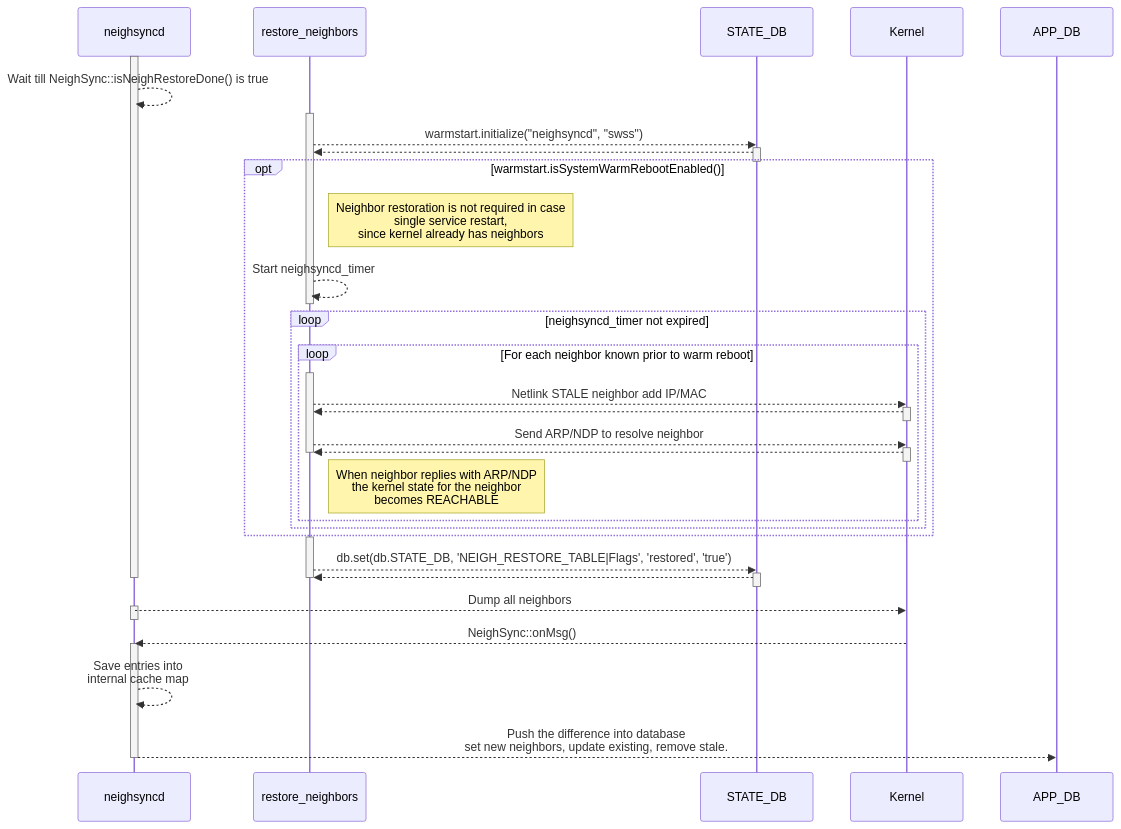
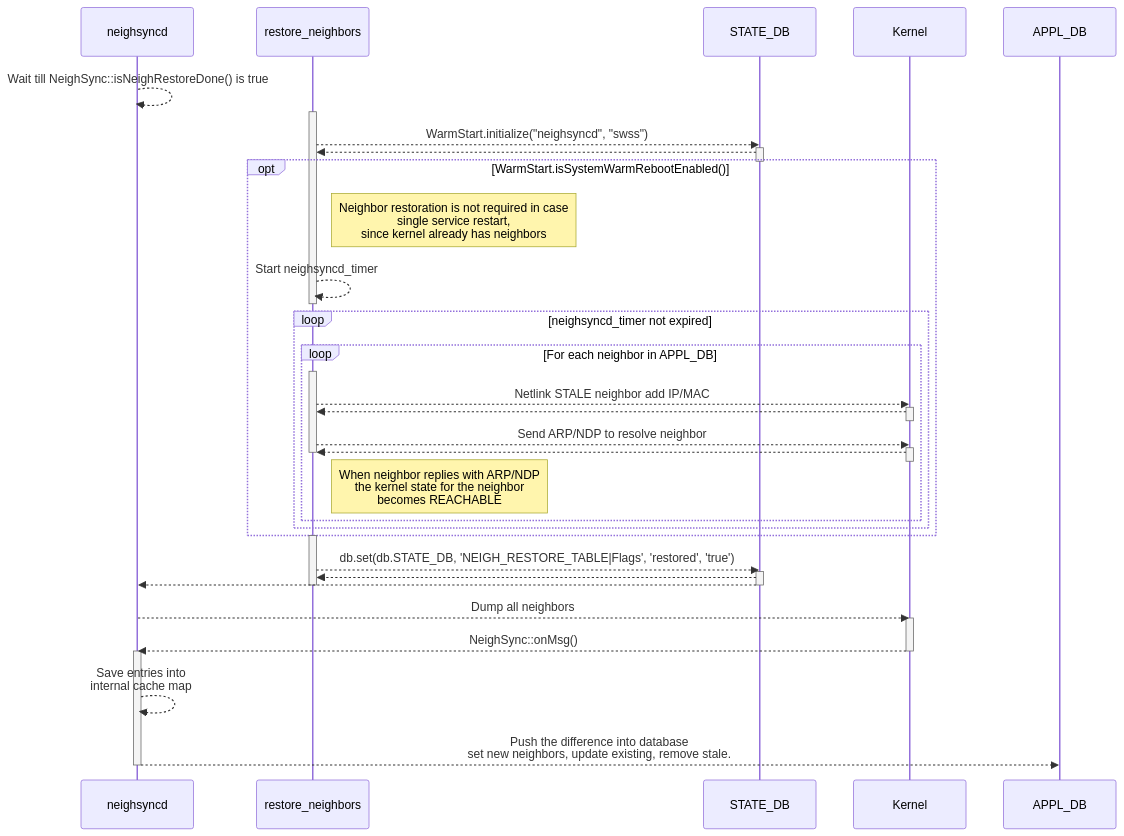
Before and after one commit to stepanblyschak/SONiC: the tenth of 14 diagrams in doc/warm-reboot/wb.md, drawn with Mermaid. The commit also changed other lines of this file, not shown here.

````diff
--- a/doc/warm-reboot/wb.md
+++ b/doc/warm-reboot/wb.md
@@ -496,60 +568,57 @@
 ```mermaid
 sequenceDiagram
-
-    activate neighsyncd
     neighsyncd -->> neighsyncd: Wait till NeighSync::isNeighRestoreDone() is true
 
     activate restore_neighbors
-    restore_neighbors -->> STATE_DB: warmstart.initialize("neighsyncd", "swss")
+    restore_neighbors -->> STATE_DB: WarmStart.initialize("neighsyncd", "swss")
     activate STATE_DB
     STATE_DB -->> restore_neighbors: 
     deactivate STATE_DB
 
-    opt warmstart.isSystemWarmRebootEnabled()
+    opt WarmStart.isSystemWarmRebootEnabled()
         Note right of restore_neighbors: Neighbor restoration is not required in case<br/>single service restart, <br/> since kernel already has neighbors
         restore_neighbors -->> restore_neighbors: Start neighsyncd_timer
         deactivate restore_neighbors
 
         loop neighsyncd_timer not expired
-            loop For each neighbor known prior to warm reboot
+            loop For each neighbor in APPL_DB
                 activate restore_neighbors
                 restore_neighbors -->> Kernel: Netlink STALE neighbor add IP/MAC
                 
                 activate Kernel
                 Kernel -->> restore_neighbors: 
                 deactivate Kernel
                 
                 
                 restore_neighbors -->> Kernel: Send ARP/NDP to resolve neighbor
                 activate Kernel
                 Kernel -->> restore_neighbors: 
                 deactivate Kernel
                 deactivate restore_neighbors
 
                 Note right of restore_neighbors: When neighbor replies with ARP/NDP<br/> the kernel state for the neighbor<br/> becomes REACHABLE
             end
         end
     end
 
     activate restore_neighbors
     restore_neighbors -->> STATE_DB: db.set(db.STATE_DB, 'NEIGH_RESTORE_TABLE|Flags', 'restored', 'true')
     activate STATE_DB
     STATE_DB -->> restore_neighbors: 
+    STATE_DB -->> neighsyncd: 
     deactivate STATE_DB
     deactivate restore_neighbors
 
-    deactivate neighsyncd
-
     
-    neighsyncd -->> Kernel: Dump all neighbors
-    activate neighsyncd
-    deactivate neighsyncd
-    
+    neighsyncd -->> Kernel: Dump all neighbors   
+    activate Kernel 
     
     Kernel -->> neighsyncd: NeighSync::onMsg()
+    deactivate Kernel
+
     activate neighsyncd
     neighsyncd -->> neighsyncd: Save entries into <br/>internal cache map
-    neighsyncd -->> APP_DB: Push the difference into database<br/> set new neighbors, update existing, remove stale.
+    neighsyncd -->> APPL_DB: Push the difference into database<br/> set new neighbors, update existing, remove stale.
 
     deactivate neighsyncd
 ```
````
